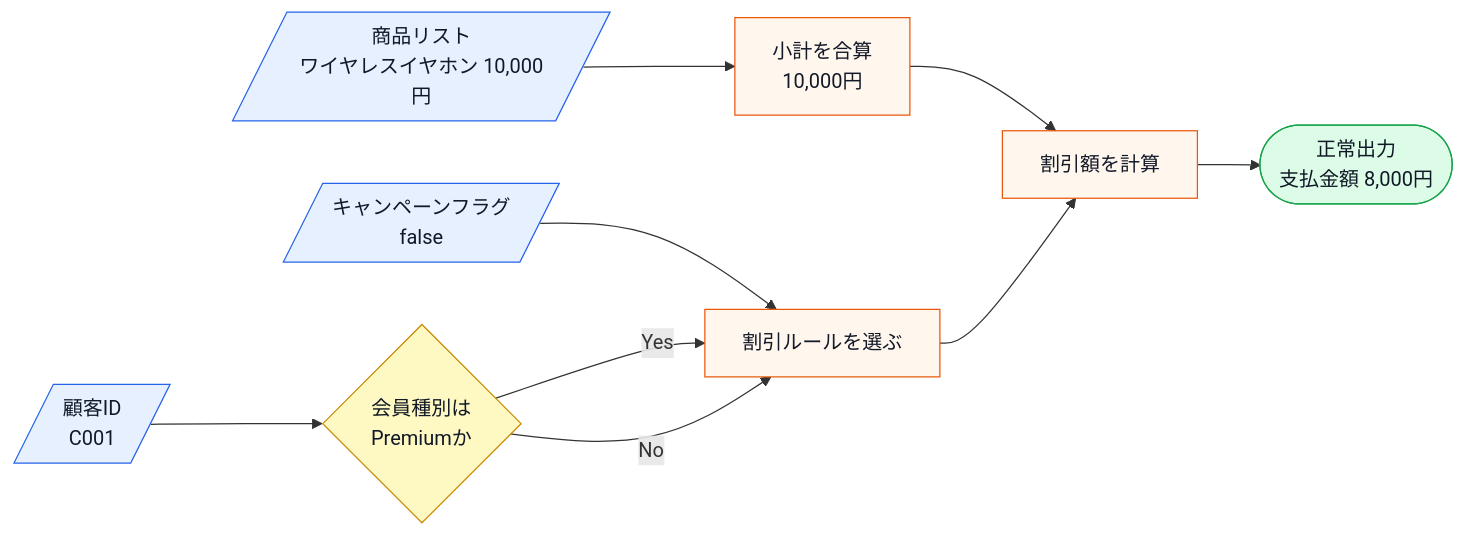
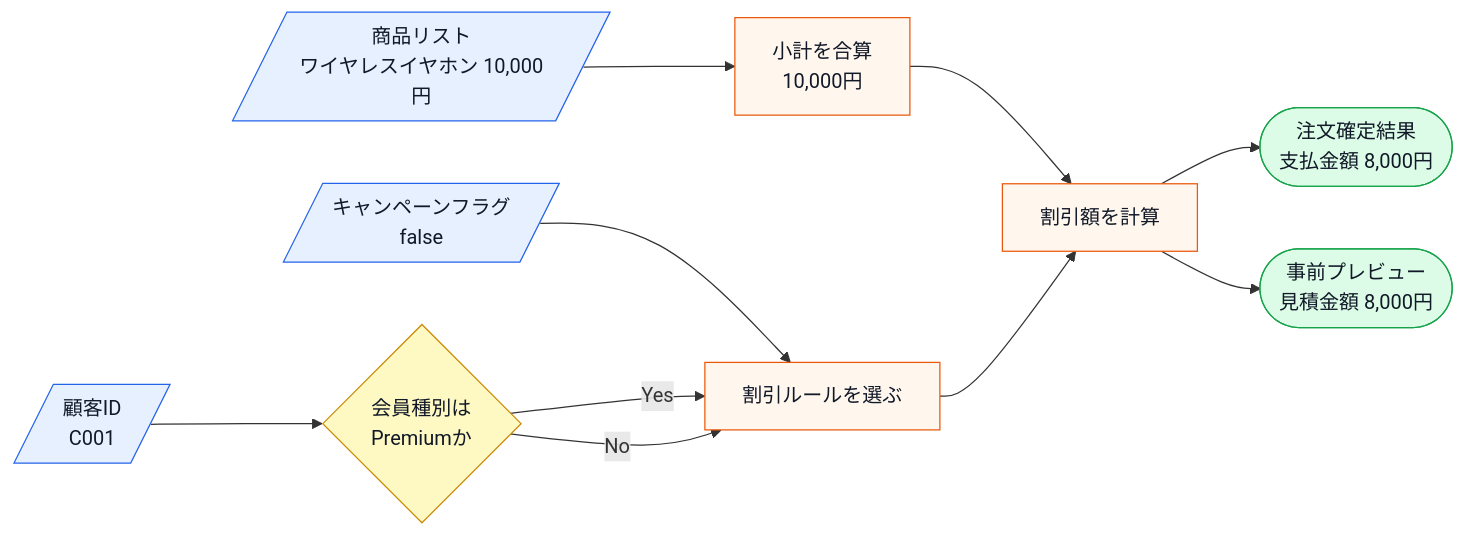
One commit to kumachan1101-pixel/DesignPattern changed the second of 18 diagrams in kindle/design-patterns/output/chapter01.md. Above: the diagram before and after it, drawn with Mermaid. The commit also changed other lines of this file and 21 other files, not shown here.

````diff
--- a/kindle/design-patterns/output/chapter01.md
+++ b/kindle/design-patterns/output/chapter01.md
@@ -136,16 +133,17 @@
 ```mermaid
 flowchart LR
     A[/商品リスト<br>ワイヤレスイヤホン 10,000円/]:::input --> G[小計を合算<br>10,000円]:::process
     C[/顧客ID<br>C001/]:::input --> D{会員種別は<br>Premiumか}:::decision
     E[/キャンペーンフラグ<br>false/]:::input --> H[割引ルールを選ぶ]:::process
     D -->|Yes| H
     D -->|No| H
     G --> I[割引額を計算]:::process
     H --> I
-    I --> J([正常出力<br>支払金額 8,000円]):::normal
+    I --> J([注文確定結果<br>支払金額 8,000円]):::normal
+    I --> K([事前プレビュー<br>見積金額 8,000円]):::normal
 
     classDef input fill:#e7f0ff,stroke:#2563eb,color:#111827;
     classDef process fill:#fff7ed,stroke:#ea580c,color:#111827;
     classDef decision fill:#fef9c3,stroke:#ca8a04,color:#111827;
     classDef normal fill:#dcfce7,stroke:#16a34a,color:#111827;
 ```
````
